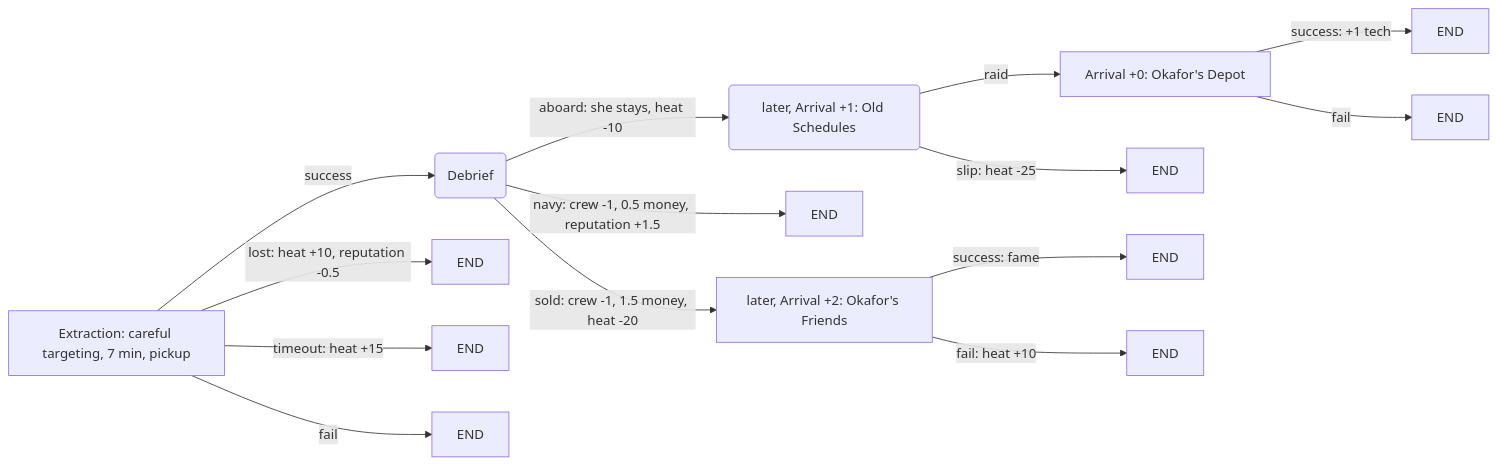
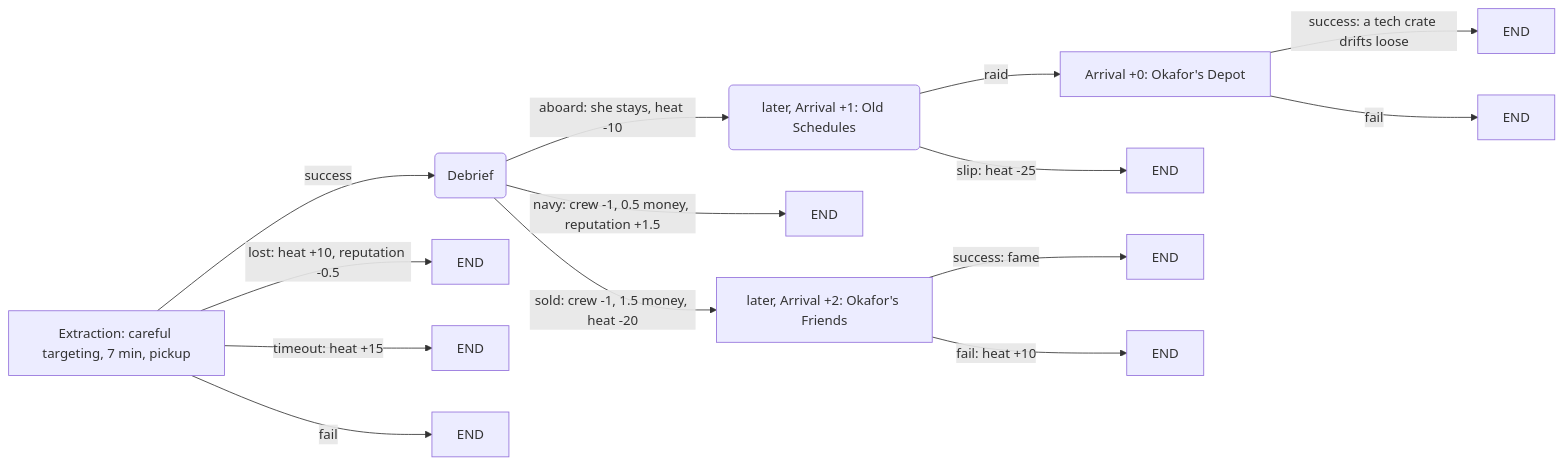
One commit to Yarden-zamir/cosmoteer-hot-cargo changed the second of 6 diagrams in CHAINS.md. Above: the diagram before and after it, drawn with Mermaid. The commit also changed other lines of this file and 22 other files, not shown here.

````diff
--- a/CHAINS.md
+++ b/CHAINS.md
@@ -92,16 +92,16 @@
 ```mermaid
 graph LR
   extract["Extraction: careful targeting, 7 min, pickup"] -->|success| debrief("Debrief")
   extract -->|lost: heat +10, reputation -0.5| END1[END]
   extract -->|timeout: heat +15| END2[END]
   extract -->|fail| END3[END]
   debrief -->|aboard: she stays, heat -10| insider("later, Arrival +1: Old Schedules")
   debrief -->|navy: crew -1, 0.5 money, reputation +1.5| END4[END]
   debrief -->|sold: crew -1, 1.5 money, heat -20| vengeance["later, Arrival +2: Okafor's Friends"]
   insider -->|raid| depot["Arrival +0: Okafor's Depot"]
   insider -->|slip: heat -25| END5[END]
-  depot -->|success: +1 tech| END6[END]
+  depot -->|success: a tech crate drifts loose| END6[END]
   depot -->|fail| END7[END]
   vengeance -->|success: fame| END8[END]
   vengeance -->|fail: heat +10| END9[END]
 ```
````
